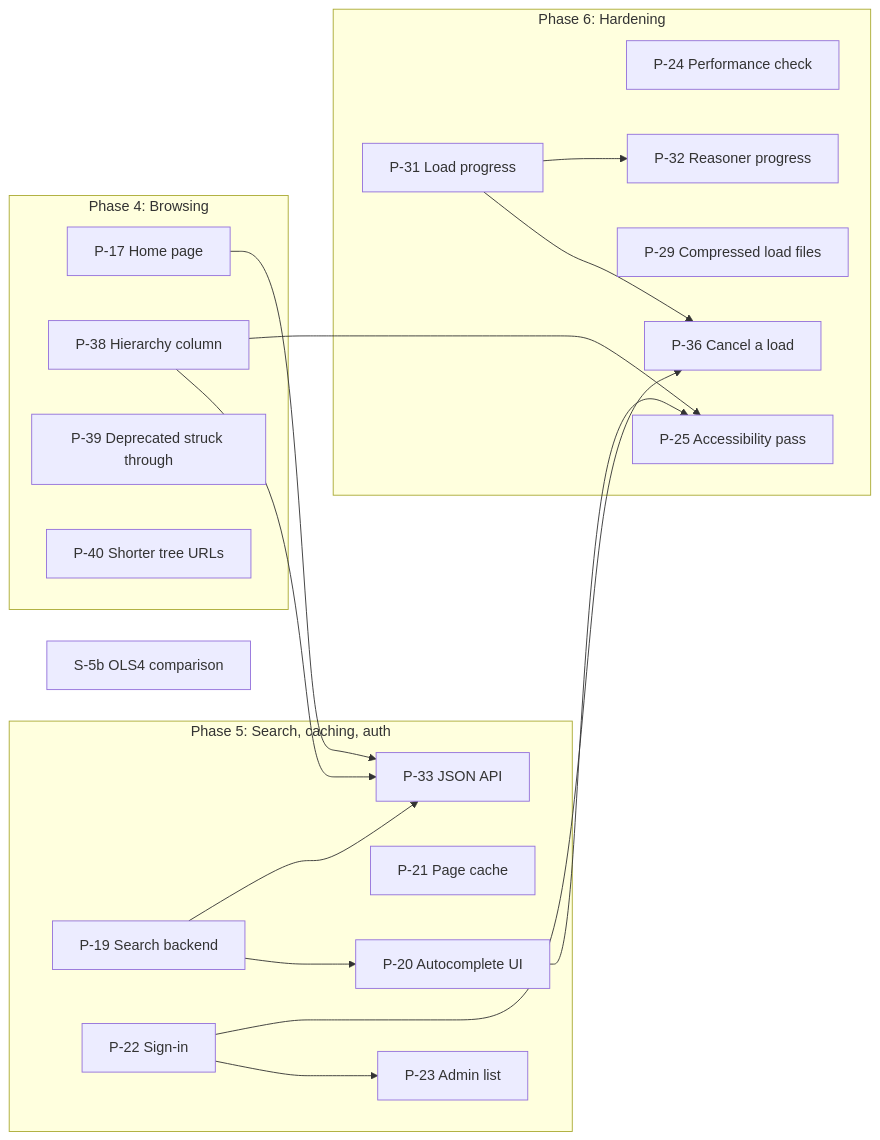
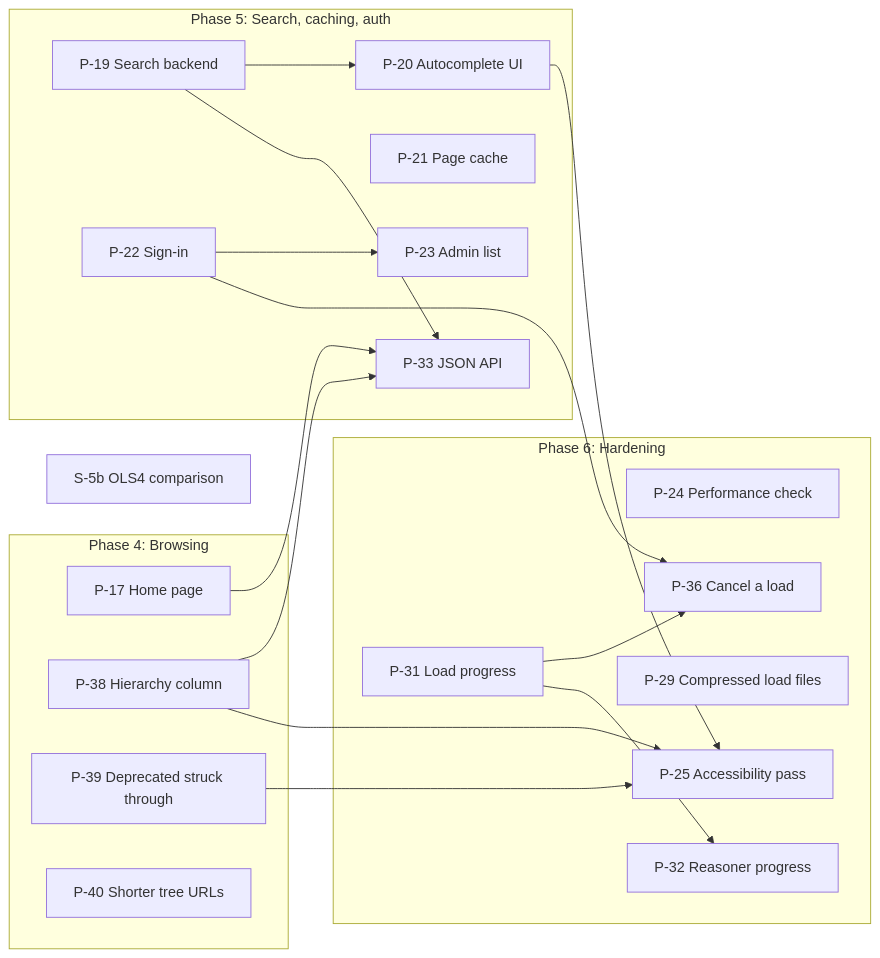
One commit to jclerman/browl changed the diagram in docs/DESIGN.md. Above: the diagram before and after it, drawn with Mermaid. The commit also changed other lines of this file, not shown here.

Commit message:
Make P-25 depend on P-39

````diff
--- a/docs/DESIGN.md
+++ b/docs/DESIGN.md
@@ -1663,33 +1663,33 @@
 ```mermaid
 flowchart LR
     subgraph P4["Phase 4: Browsing"]
         P17["P-17 Home page"]
         P38["P-38 Hierarchy column"]
         P39["P-39 Deprecated struck through"]
         P40["P-40 Shorter tree URLs"]
     end
     subgraph P5["Phase 5: Search, caching, auth"]
         P19["P-19 Search backend"]
         P20["P-20 Autocomplete UI"]
         P21["P-21 Page cache"]
         P22["P-22 Sign-in"]
         P23["P-23 Admin list"]
         P33["P-33 JSON API"]
     end
     subgraph P6["Phase 6: Hardening"]
         P24["P-24 Performance check"]
         P25["P-25 Accessibility pass"]
         P29["P-29 Compressed load files"]
         P31["P-31 Load progress"]
         P32["P-32 Reasoner progress"]
         P36["P-36 Cancel a load"]
     end
     S5b["S-5b OLS4 comparison"]
 
     P19 --> P20
     P17 & P19 & P38 --> P33
-    P20 & P38 --> P25
+    P20 & P38 & P39 --> P25
     P22 --> P23
     P22 & P31 --> P36
     P31 --> P32
 ```
````
